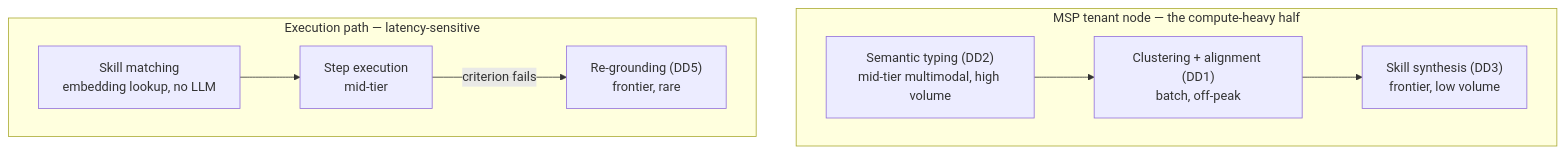
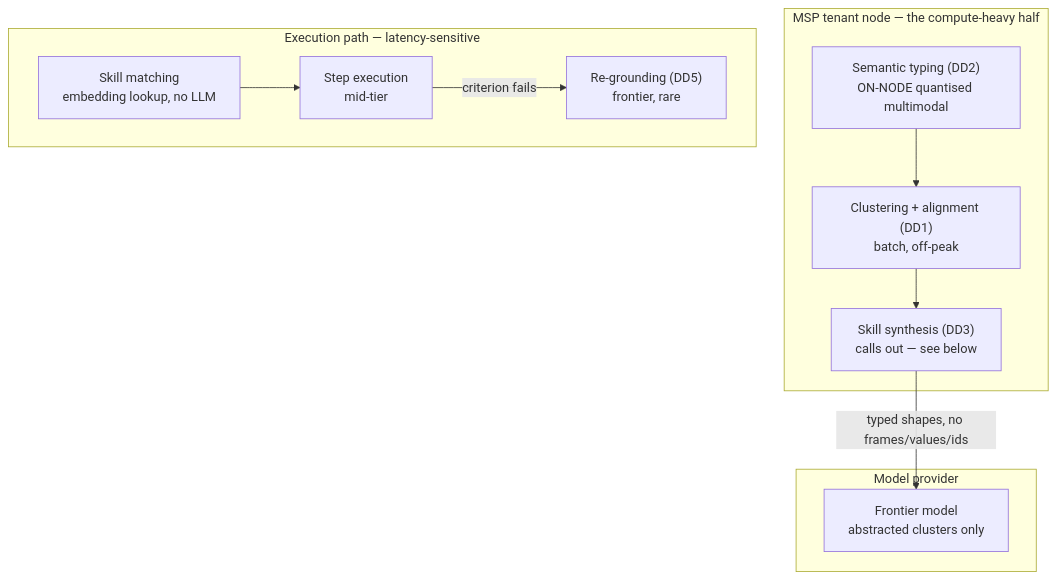
The diagram in tech/architecture/D05.md (shreramsp/understudy-founder-pack), drawn with Mermaid before and after one commit. The commit also changed other lines of this file and 16 other files, not shown here.

````diff
--- a/tech/architecture/D05.md
+++ b/tech/architecture/D05.md
@@ -3,16 +3,20 @@
 ```mermaid
 flowchart TD
   subgraph EDGE["MSP tenant node — the compute-heavy half"]
-    S1["Semantic typing (DD2)<br/>mid-tier multimodal, high volume"]
+    S1["Semantic typing (DD2)<br/>ON-NODE quantised multimodal"]
     S2["Clustering + alignment (DD1)<br/>batch, off-peak"]
-    S3["Skill synthesis (DD3)<br/>frontier, low volume"]
+    S3["Skill synthesis (DD3)<br/>calls out — see below"]
   end
+  subgraph MP["Model provider"]
+    FM["Frontier model<br/>abstracted clusters only"]
+  end
+  S3 -->|"typed shapes, no frames/values/ids"| FM
   subgraph HOT["Execution path — latency-sensitive"]
     S4["Skill matching<br/>embedding lookup, no LLM"]
     S5["Step execution<br/>mid-tier"]
     S6["Re-grounding (DD5)<br/>frontier, rare"]
   end
   S1 --> S2 --> S3
   S4 --> S5
   S5 -->|"criterion fails"| S6
 ```
````
